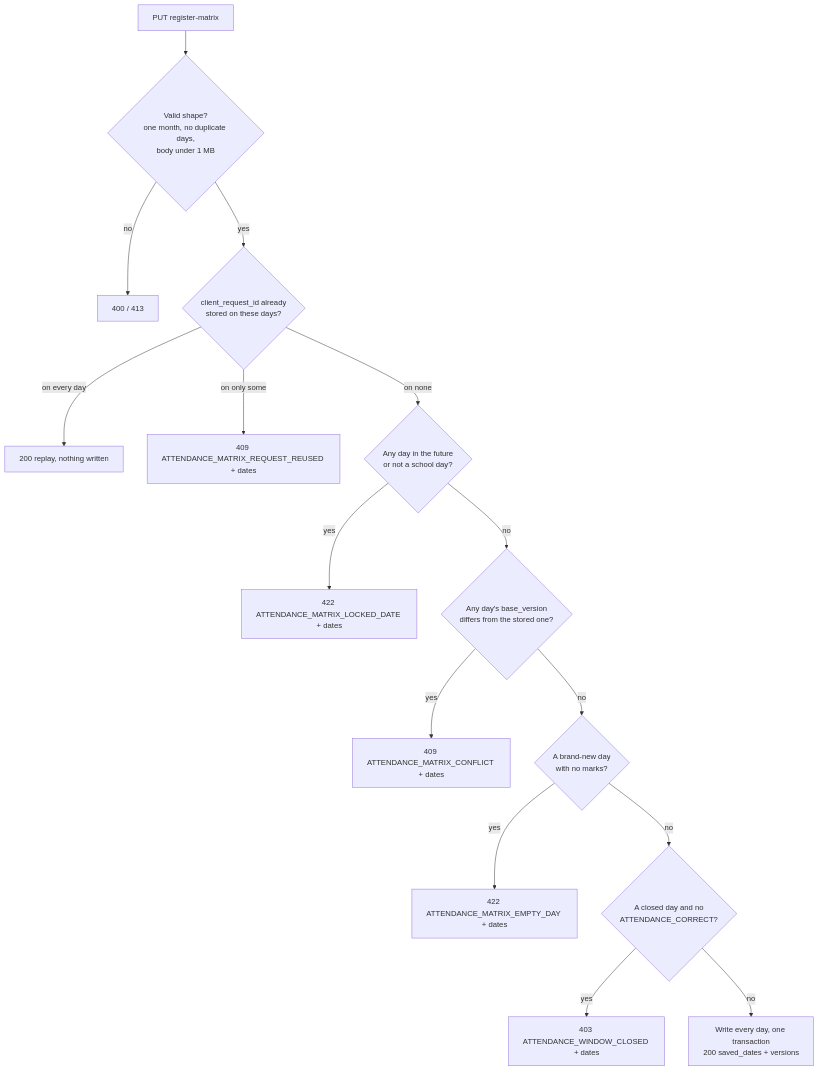
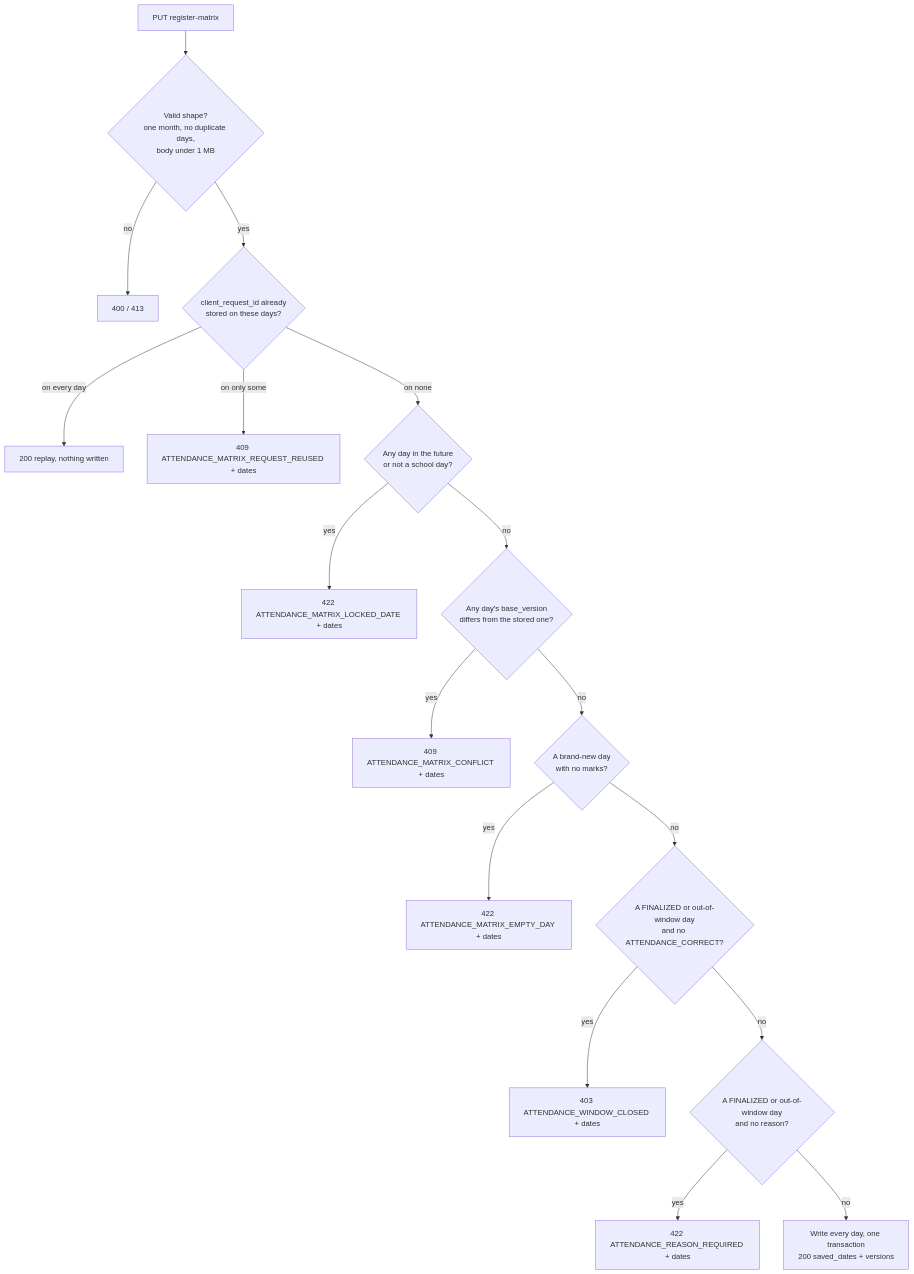
One commit to tareq89/biddaloy changed the third of 7 diagrams in docs/architecture/11-attendance.md. Above: the diagram before and after it, drawn with Mermaid. The commit also changed other lines of this file and 6 other files, not shown here.

````diff
--- a/docs/architecture/11-attendance.md
+++ b/docs/architecture/11-attendance.md
@@ -147,17 +147,19 @@
 ```mermaid
 flowchart TD
     S[PUT register-matrix] --> V{Valid shape?<br/>one month, no duplicate days,<br/>body under 1 MB}
     V -- no --> E400[400 / 413]
     V -- yes --> R{client_request_id already<br/>stored on these days?}
     R -- on every day --> RP[200 replay, nothing written]
     R -- on only some --> ER[409 ATTENDANCE_MATRIX_REQUEST_REUSED + dates]
     R -- on none --> L{Any day in the future<br/>or not a school day?}
     L -- yes --> E422[422 ATTENDANCE_MATRIX_LOCKED_DATE + dates]
     L -- no --> C{Any day's base_version<br/>differs from the stored one?}
     C -- yes --> E409[409 ATTENDANCE_MATRIX_CONFLICT + dates]
     C -- no --> M{A brand-new day<br/>with no marks?}
     M -- yes --> EM[422 ATTENDANCE_MATRIX_EMPTY_DAY + dates]
-    M -- no --> W{A closed day and no<br/>ATTENDANCE_CORRECT?}
+    M -- no --> W{A FINALIZED or out-of-window day<br/>and no ATTENDANCE_CORRECT?}
     W -- yes --> E403[403 ATTENDANCE_WINDOW_CLOSED + dates]
-    W -- no --> OK[Write every day, one transaction<br/>200 saved_dates + versions]
+    W -- no --> RS{A FINALIZED or out-of-window day<br/>and no reason?}
+    RS -- yes --> E422R[422 ATTENDANCE_REASON_REQUIRED + dates]
+    RS -- no --> OK[Write every day, one transaction<br/>200 saved_dates + versions]
 ```
````
